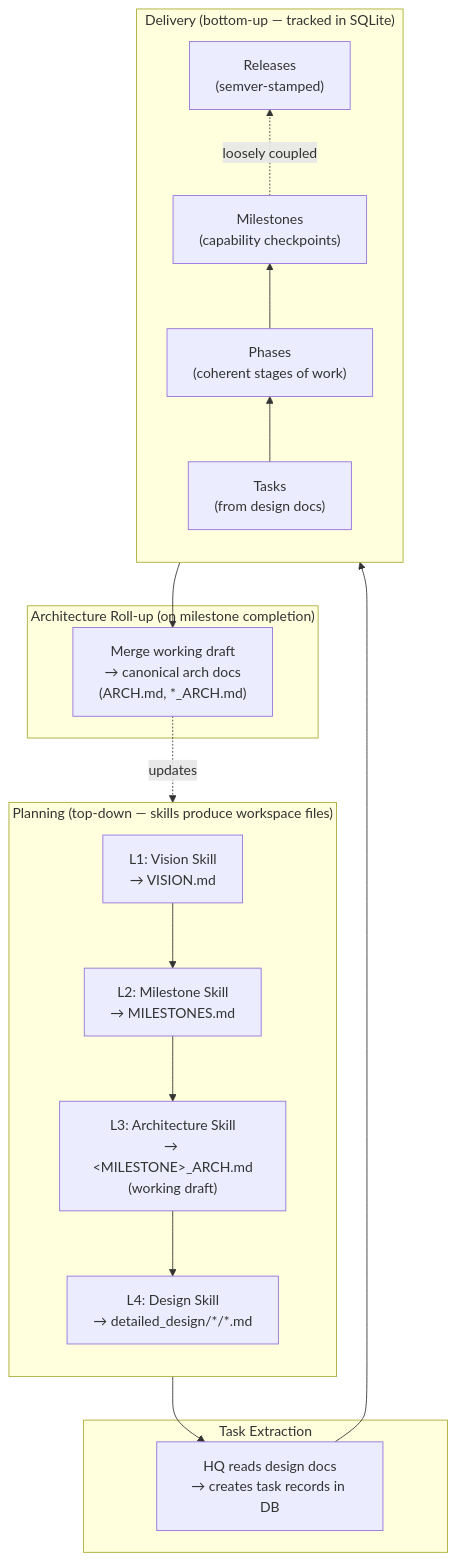
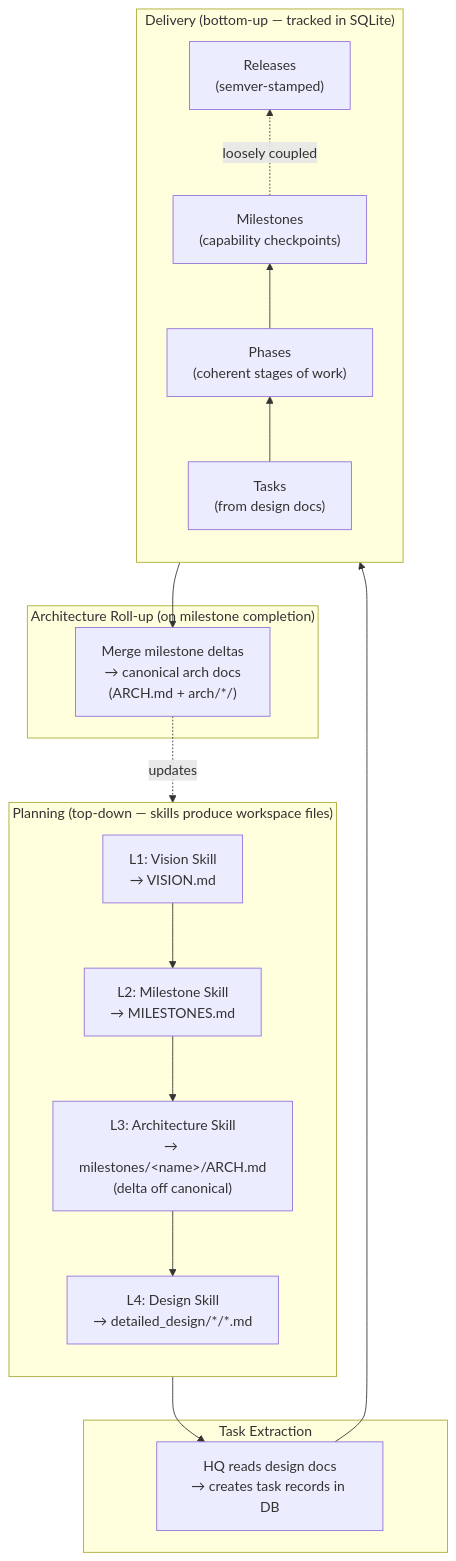
Before and after one commit to operator-auteng-ai/hq: the second of 5 diagrams in docs/ARCH.md, drawn with Mermaid. The commit also changed other lines of this file and 3 other files, not shown here.

First line of the commit message:
docs: organize canonical arch docs under docs/arch/ with sub-composition

````diff
--- a/docs/ARCH.md
+++ b/docs/ARCH.md
@@ -45,32 +45,32 @@
 ```mermaid
 graph TB
     subgraph Planning["Planning (top-down — skills produce workspace files)"]
         direction TB
         V["L1: Vision Skill<br/>→ VISION.md"]
         M["L2: Milestone Skill<br/>→ MILESTONES.md"]
-        A["L3: Architecture Skill<br/>→ &lt;MILESTONE&gt;_ARCH.md<br/>(working draft)"]
+        A["L3: Architecture Skill<br/>→ milestones/&lt;name&gt;/ARCH.md<br/>(delta off canonical)"]
         D["L4: Design Skill<br/>→ detailed_design/*/*.md"]
         V --> M --> A --> D
     end
 
     subgraph Bridge["Task Extraction"]
         TE["HQ reads design docs<br/>→ creates task records in DB"]
     end
 
     subgraph Delivery["Delivery (bottom-up — tracked in SQLite)"]
         direction BT
         T["Tasks<br/>(from design docs)"]
         P["Phases<br/>(coherent stages of work)"]
         MS["Milestones<br/>(capability checkpoints)"]
         R["Releases<br/>(semver-stamped)"]
         T --> P --> MS -.->|"loosely coupled"| R
     end
 
     subgraph Rollup["Architecture Roll-up (on milestone completion)"]
-        RU["Merge working draft<br/>→ canonical arch docs<br/>(ARCH.md, *_ARCH.md)"]
+        RU["Merge milestone deltas<br/>→ canonical arch docs<br/>(ARCH.md + arch/*/)"]
     end
 
     D --> TE --> T
     MS --> RU
     RU -.->|"updates"| A
 ```
````
